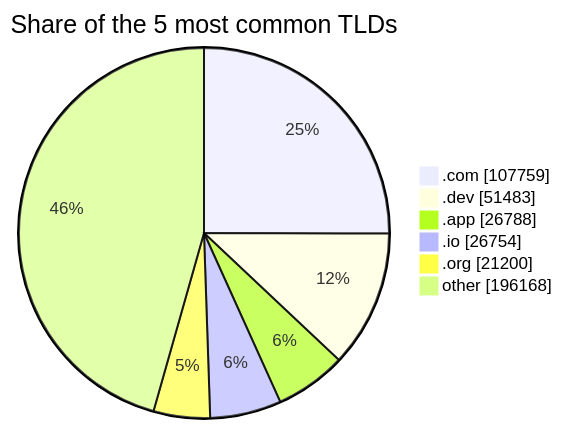
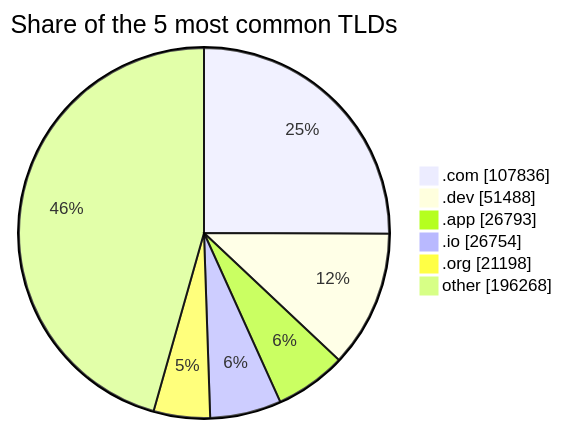
One commit to DNSBunker/CTI changed the third of 3 diagrams in README.md. Above: the diagram before and after it, drawn with Mermaid. The commit also changed other lines of this file and 3 other files, not shown here.

````diff
--- a/README.md
+++ b/README.md
@@ -81,9 +81,9 @@
 ```mermaid
 pie showData title Share of the 5 most common TLDs
-    ".com" : 107759
-    ".dev" : 51483
-    ".app" : 26788
+    ".com" : 107836
+    ".dev" : 51488
+    ".app" : 26793
     ".io" : 26754
-    ".org" : 21200
-    "other" : 196168
+    ".org" : 21198
+    "other" : 196268
 ```
````
